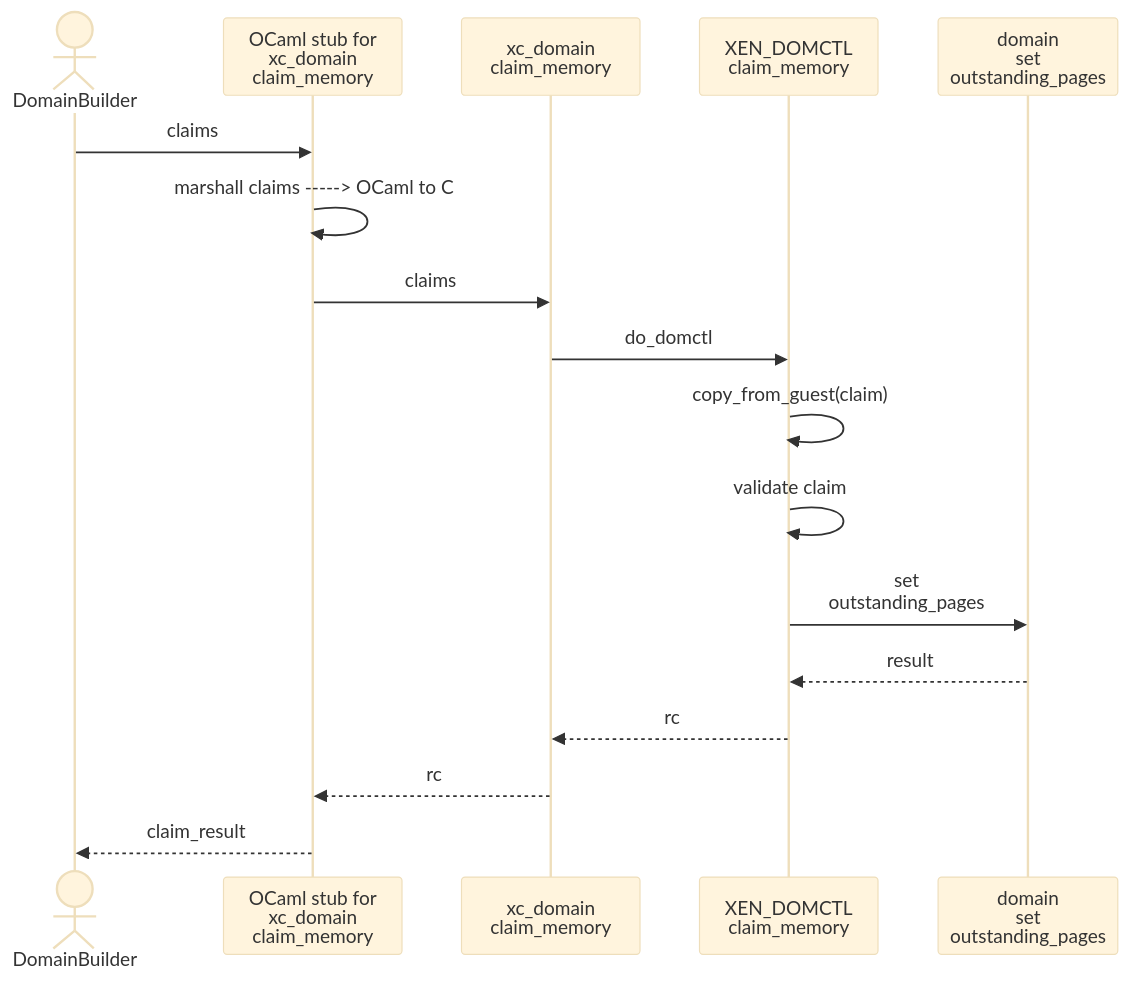
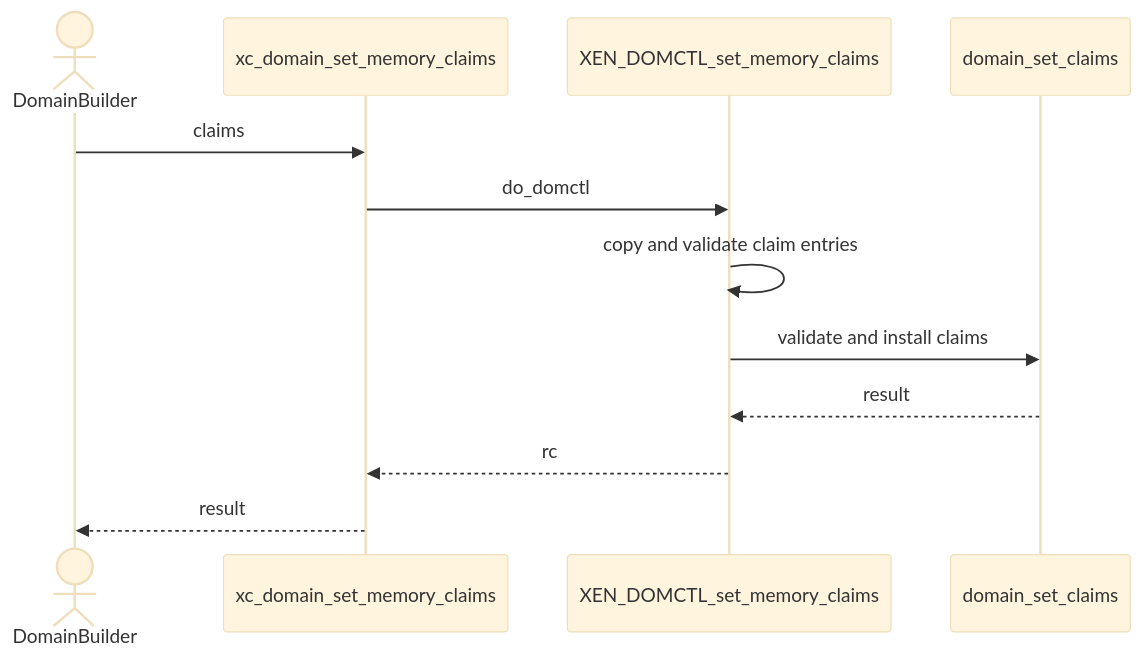
One commit to xenserver-next/xen changed the diagram in docs/guest-guide/dom/DOMCTL_claim_memory-seqdia.mmd. Above: the diagram before and after it, drawn with Mermaid (base theme). The commit also changed 14 other files, not shown here.

```diff
--- a/docs/guest-guide/dom/DOMCTL_claim_memory-seqdia.mmd
+++ b/docs/guest-guide/dom/DOMCTL_claim_memory-seqdia.mmd
@@ -1,23 +1,16 @@
 %% SPDX-License-Identifier: CC-BY-4.0
 sequenceDiagram
 
 actor DomainBuilder
-participant OcamlStub as OCaml stub for<br>xc_domain<br>claim_memory
-participant Libxc as xc_domain<br>claim_memory
-participant Domctl as XEN_DOMCTL<br>claim_memory
-#participant DomainLogic as claim_memory
-participant Alloc as domain<br>set<br>outstanding_pages
+participant Libxc as xc_domain_set_memory_claims
+participant Domctl as XEN_DOMCTL_set_memory_claims
+participant Alloc as domain_set_claims
 
-DomainBuilder->>OcamlStub: claims
-OcamlStub->>OcamlStub: marshall claims -----> OCaml to C
-OcamlStub->>Libxc: claims
-
+DomainBuilder->>Libxc: claims
 Libxc->>Domctl: do_domctl
 
-Domctl->>Domctl: copy_from_guest(claim)
-Domctl->>Domctl: validate claim
-Domctl->>Alloc: set<br>outstanding_pages
+Domctl->>Domctl: copy and validate claim entries
+Domctl->>Alloc: validate and install claims
 Alloc-->>Domctl: result
 Domctl-->>Libxc: rc
-Libxc-->>OcamlStub: rc
-OcamlStub-->>DomainBuilder: claim_result
+Libxc-->>DomainBuilder: result
```
